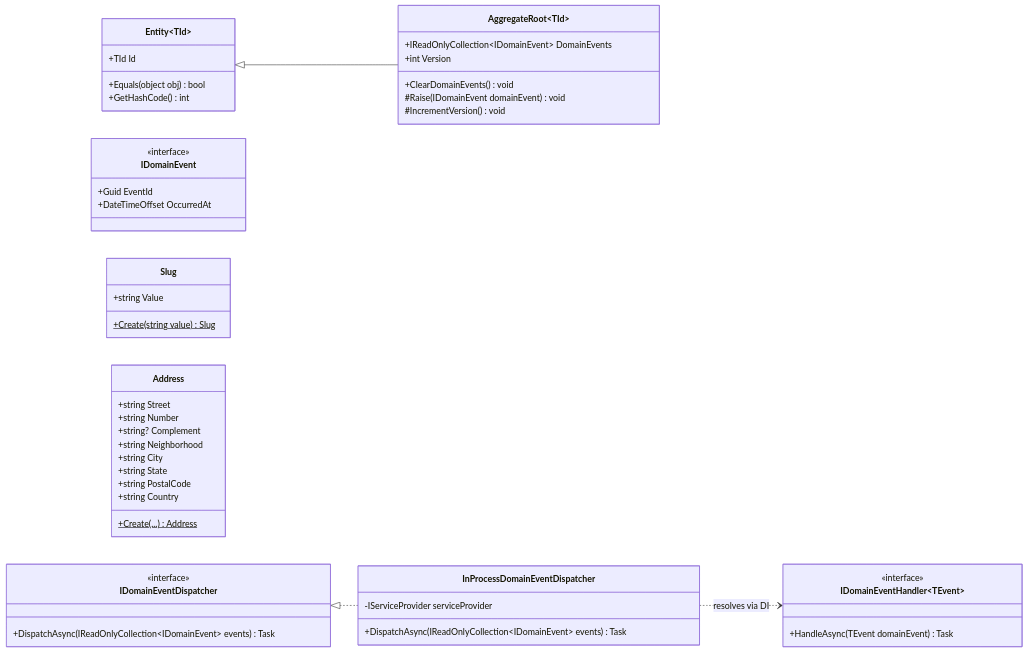
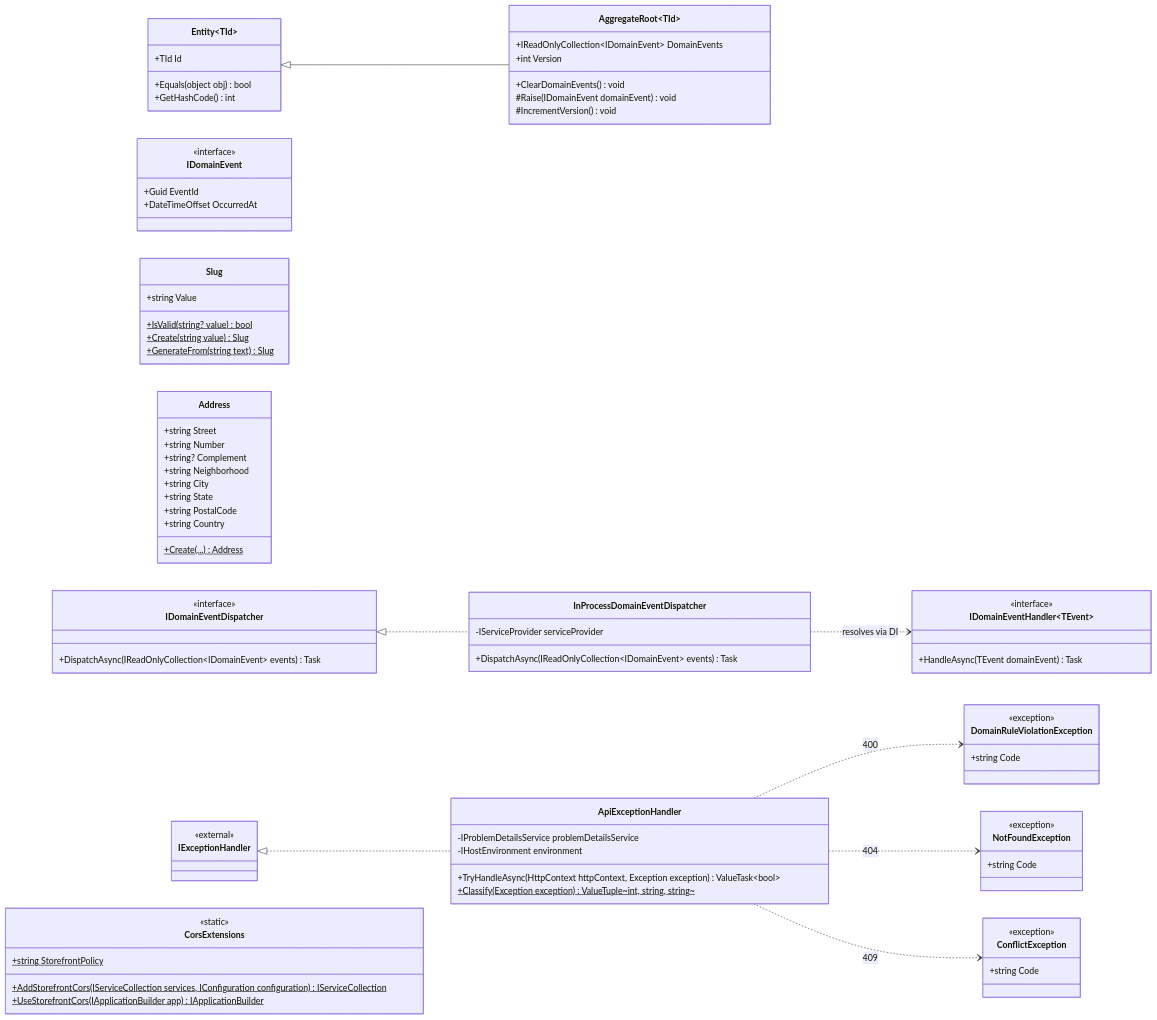
Before and after one commit to Leo-Slv/OrderCore: the diagram in Docs/diagrams/implementation-class/01-shared-kernel.md, drawn with Mermaid. The commit also changed other lines of this file and 7 other files, not shown here.

First line of the commit message:
docs(diagrams): reflect the storefront MVP in the class diagrams

````diff
--- a/Docs/diagrams/implementation-class/01-shared-kernel.md
+++ b/Docs/diagrams/implementation-class/01-shared-kernel.md
@@ -32,7 +32,28 @@
     %% OrderCore.Api.Shared.Domain.ValueObjects
     class Slug {
         +string Value
+        +IsValid(string? value)$ bool
         +Create(string value)$ Slug
+        +GenerateFrom(string text)$ Slug
+    }
+
+
+    %% OrderCore.Api.Shared.Domain.Exceptions
+    class DomainRuleViolationException {
+        <<exception>>
+        +string Code
+    }
+
+
+    %% OrderCore.Api.Shared.Application.Exceptions
+    class NotFoundException {
+        <<exception>>
+        +string Code
+    }
+
+    class ConflictException {
+        <<exception>>
+        +string Code
     }
 
     class Address {
@@ -67,8 +88,35 @@
     }
 
 
+    %% OrderCore.Api.Shared.Presentation.ExceptionHandling
+    class IExceptionHandler {
+        <<external>>
+        <<interface>>
+    }
+
+    class ApiExceptionHandler {
+        -IProblemDetailsService problemDetailsService
+        -IHostEnvironment environment
+        +TryHandleAsync(HttpContext httpContext, Exception exception) ValueTask~bool~
+        +Classify(Exception exception)$ ValueTuple~int, string, string~
+    }
+
+
+    %% OrderCore.Api.Shared.Presentation.Cors
+    class CorsExtensions {
+        <<static>>
+        +string StorefrontPolicy$
+        +AddStorefrontCors(IServiceCollection services, IConfiguration configuration)$ IServiceCollection
+        +UseStorefrontCors(IApplicationBuilder app)$ IApplicationBuilder
+    }
+
+
     Entity~TId~ <|-- AggregateRoot~TId~
     IDomainEventDispatcher <|.. InProcessDomainEventDispatcher
     InProcessDomainEventDispatcher ..> IDomainEventHandler~TEvent~ : resolves via DI
+    IExceptionHandler <|.. ApiExceptionHandler
+    ApiExceptionHandler ..> DomainRuleViolationException : 400
+    ApiExceptionHandler ..> NotFoundException : 404
+    ApiExceptionHandler ..> ConflictException : 409
 
 ```
````
